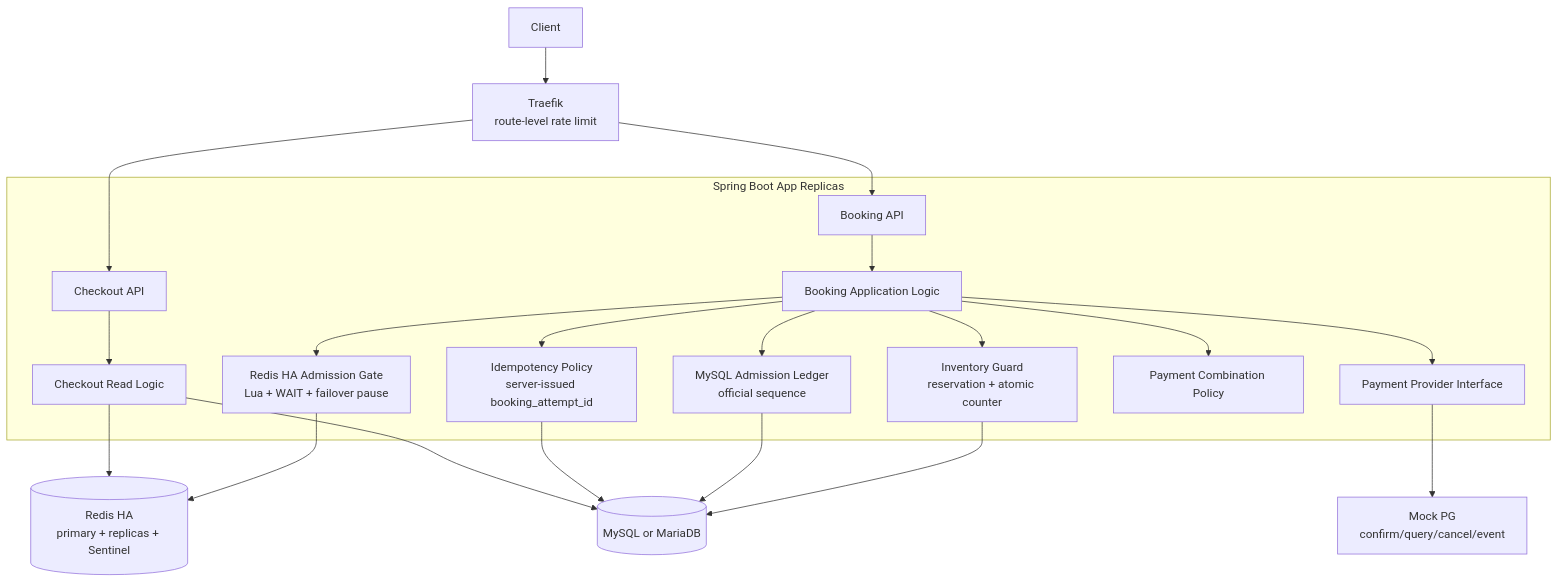
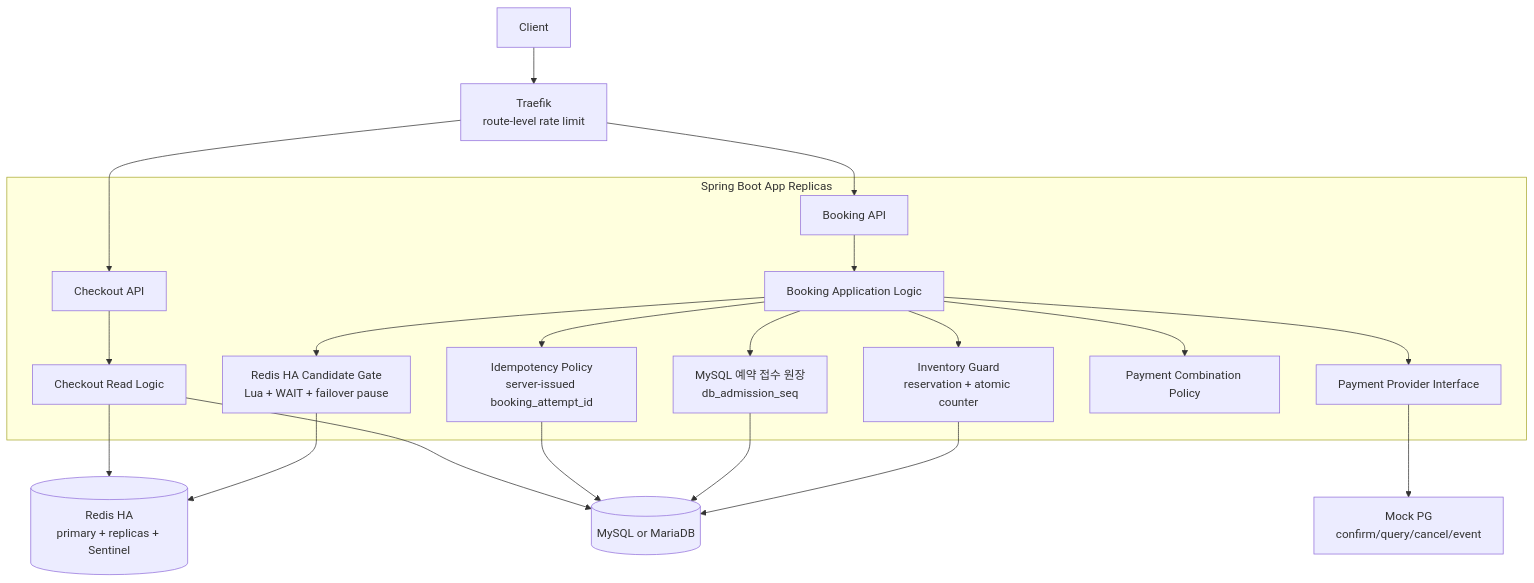
One commit to lsh1215/peak-booking-system changed the second of 5 diagrams in docs/system-design/sdd.md. Above: the diagram before and after it, drawn with Mermaid. The commit also changed other lines of this file and 4 other files, not shown here.

````diff
--- a/docs/system-design/sdd.md
+++ b/docs/system-design/sdd.md
@@ -143,44 +143,44 @@
 ```mermaid
 flowchart TB
     Client[Client]
     Traefik["Traefik<br/>route-level rate limit"]
 
     subgraph App["Spring Boot App Replicas"]
         CheckoutController["Checkout API"]
         BookingController["Booking API"]
         CheckoutService["Checkout Read Logic"]
         BookingService["Booking Application Logic"]
         IdempotencyPolicy["Idempotency Policy<br/>server-issued booking_attempt_id"]
         InventoryGuard["Inventory Guard<br/>reservation + atomic counter"]
-        RedisAdmission["Redis HA Admission Gate<br/>Lua + WAIT + failover pause"]
-        AdmissionLedger["MySQL Admission Ledger<br/>official sequence"]
+        RedisAdmission["Redis HA Candidate Gate<br/>Lua + WAIT + failover pause"]
+        AdmissionLedger["MySQL 예약 접수 원장<br/>db_admission_seq"]
         PaymentPolicy["Payment Combination Policy"]
         PaymentPort["Payment Provider Interface"]
     end
 
     Redis[(Redis HA<br/>primary + replicas + Sentinel)]
     RDB[(MySQL or MariaDB)]
     MockPG[Mock PG<br/>confirm/query/cancel/event]
 
     Client --> Traefik
     Traefik --> CheckoutController
     Traefik --> BookingController
 
     CheckoutController --> CheckoutService
     CheckoutService --> Redis
     CheckoutService --> RDB
 
     BookingController --> BookingService
     BookingService --> IdempotencyPolicy
     BookingService --> PaymentPolicy
     BookingService --> RedisAdmission
     BookingService --> AdmissionLedger
     BookingService --> InventoryGuard
     BookingService --> PaymentPort
 
     IdempotencyPolicy --> RDB
     RedisAdmission --> Redis
     AdmissionLedger --> RDB
     InventoryGuard --> RDB
     PaymentPort --> MockPG
 ```
````
